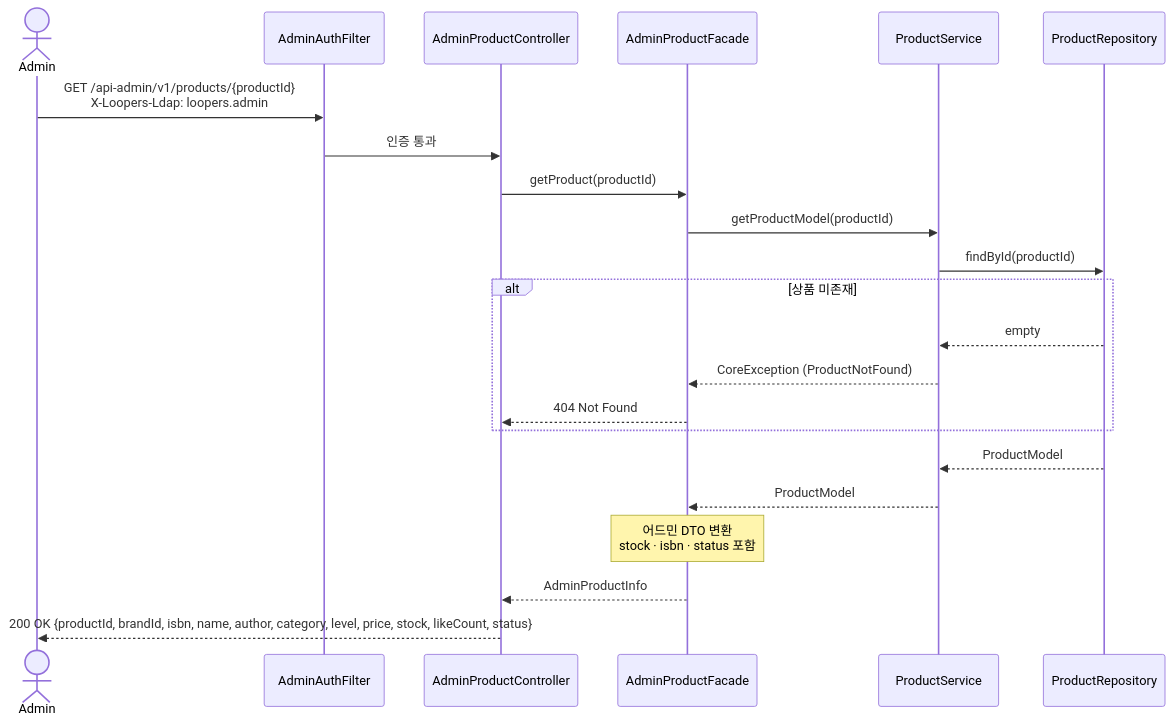
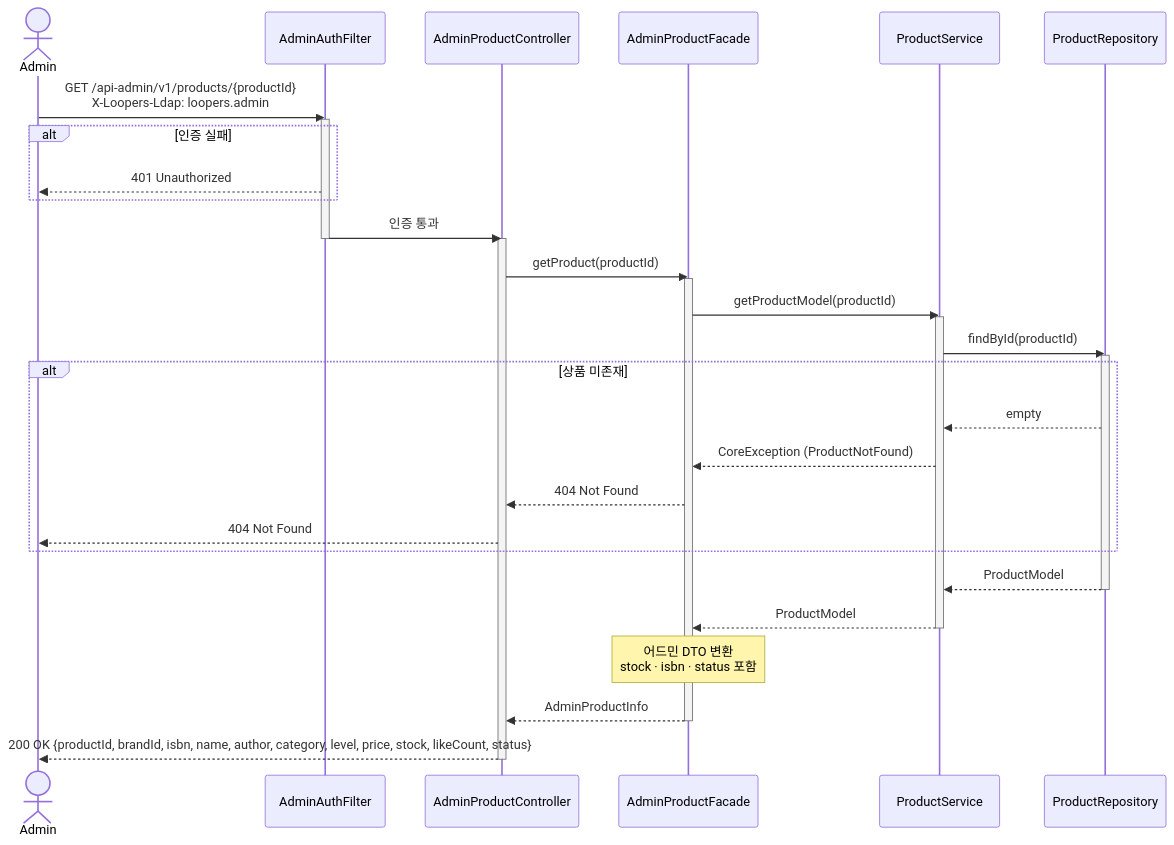
One commit to loopers-labs/loop-pack-be-l2-vol4-java changed diagram 13 of 25 in .docs/design/02-sequence-diagrams.md. Above: the diagram before and after it, drawn with Mermaid. The commit also changed other lines of this file and 5 other files, not shown here.

````diff
--- a/.docs/design/02-sequence-diagrams.md
+++ b/.docs/design/02-sequence-diagrams.md
@@ -503,28 +669,42 @@
 ```mermaid
 sequenceDiagram
     actor Admin
     participant AF as AdminAuthFilter
     participant PC as AdminProductController
     participant PF as AdminProductFacade
     participant PS as ProductService
     participant PR as ProductRepository
 
     Admin->>AF: GET /api-admin/v1/products/{productId}<br/>X-Loopers-Ldap: loopers.admin
+    activate AF
+    alt 인증 실패
+        AF-->>Admin: 401 Unauthorized
+    end
     AF->>PC: 인증 통과
+    deactivate AF
+    activate PC
 
     PC->>PF: getProduct(productId)
+    activate PF
     PF->>PS: getProductModel(productId)
+    activate PS
     PS->>PR: findById(productId)
+    activate PR
     alt 상품 미존재
         PR-->>PS: empty
         PS-->>PF: CoreException (ProductNotFound)
         PF-->>PC: 404 Not Found
+        PC-->>Admin: 404 Not Found
     end
     PR-->>PS: ProductModel
+    deactivate PR
     PS-->>PF: ProductModel
+    deactivate PS
 
     Note over PF: 어드민 DTO 변환<br/>stock · isbn · status 포함
 
     PF-->>PC: AdminProductInfo
+    deactivate PF
     PC-->>Admin: 200 OK {productId, brandId, isbn, name, author, category, level, price, stock, likeCount, status}
+    deactivate PC
 ```
````
